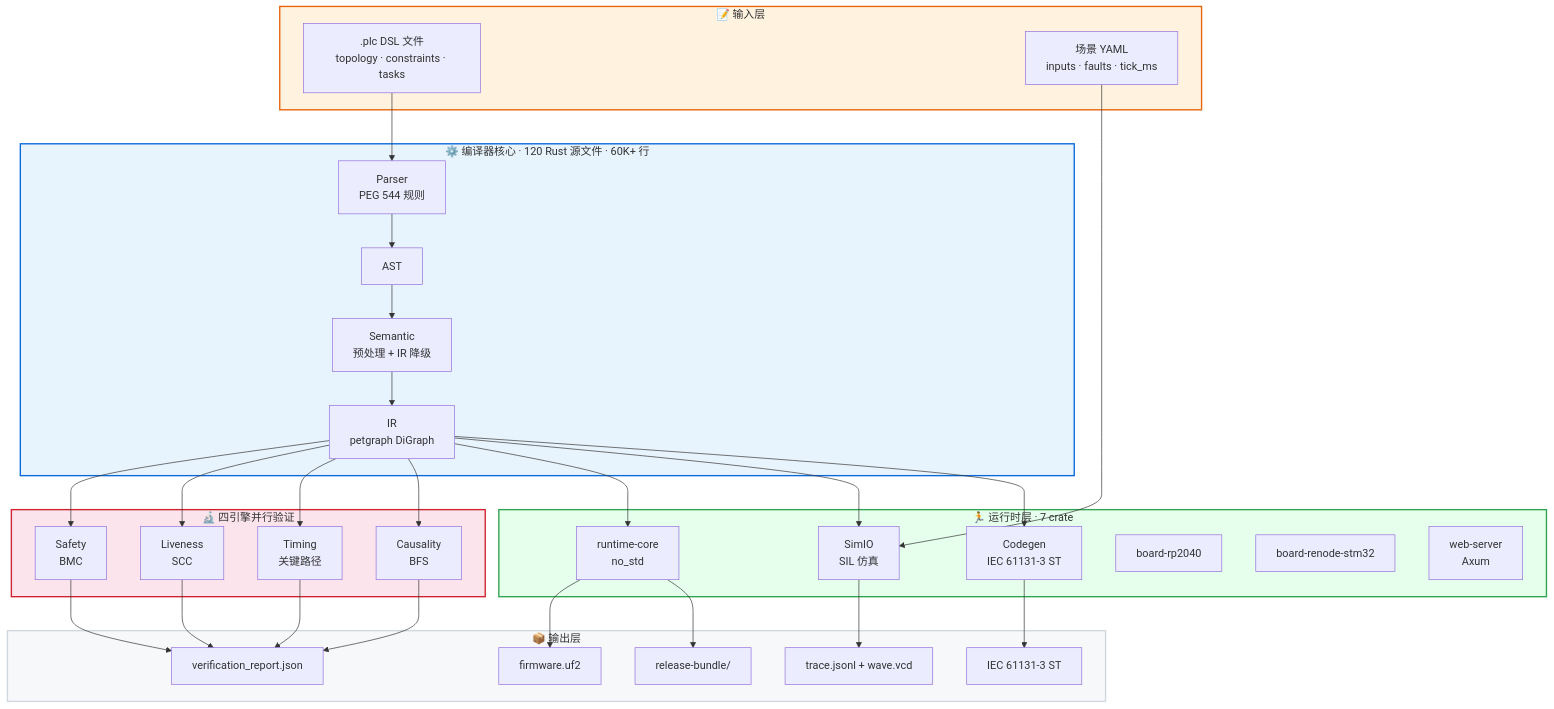
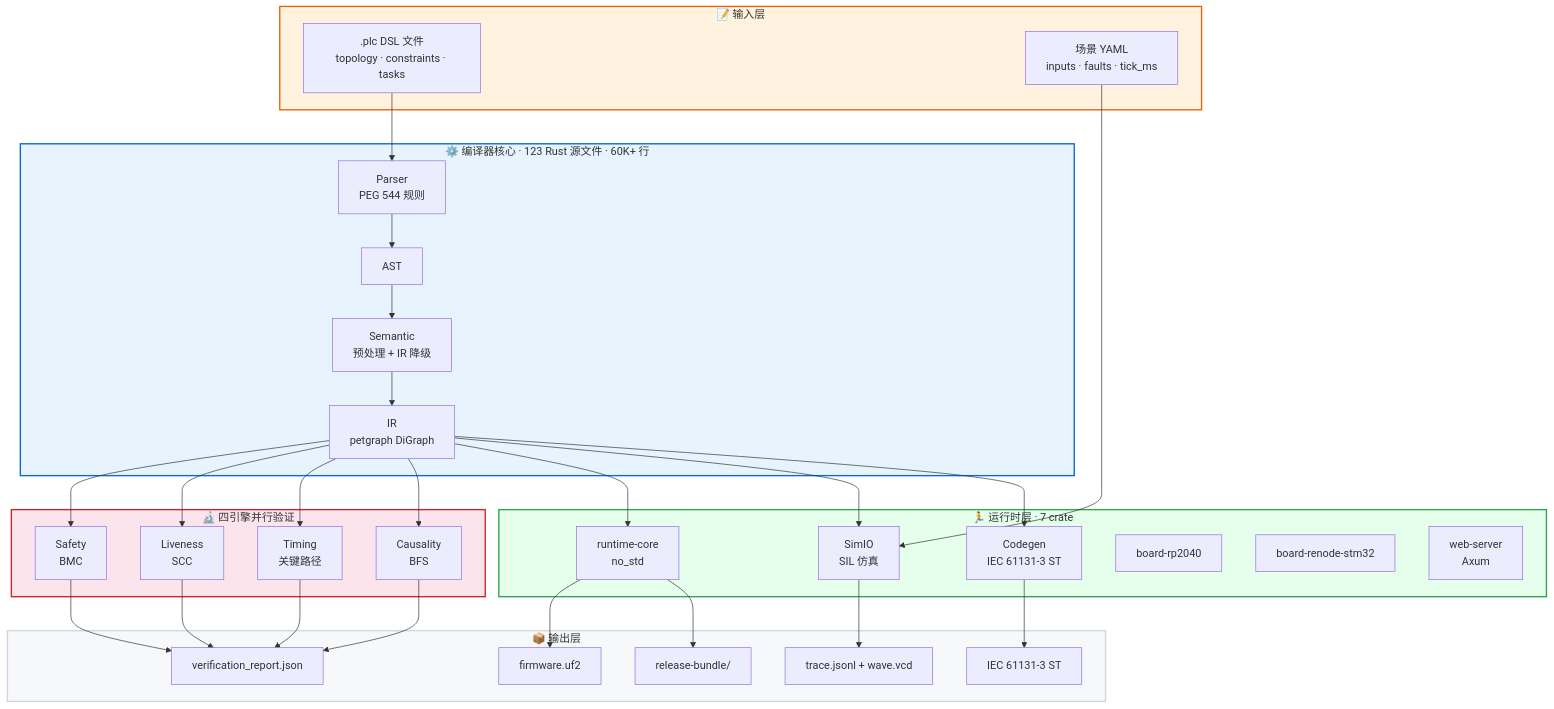
The second of 2 diagrams in README.md (xxrust/RustPLC), drawn with Mermaid before and after one commit. The commit also changed other lines of this file and 12 other files, not shown here.

````diff
--- a/README.md
+++ b/README.md
@@ -313,53 +324,53 @@
 ```mermaid
 graph TB
     subgraph Input["📝 输入层"]
         PLC[".plc DSL 文件<br/>topology · constraints · tasks"]
         YAML["场景 YAML<br/>inputs · faults · tick_ms"]
     end
 
-    subgraph Compiler["⚙️ 编译器核心 · 120 Rust 源文件 · 60K+ 行"]
+    subgraph Compiler["⚙️ 编译器核心 · 123 Rust 源文件 · 60K+ 行"]
         PARSE["Parser<br/>PEG 544 规则"] --> AST["AST"]
         AST --> SEM["Semantic<br/>预处理 + IR 降级"]
         SEM --> IR["IR<br/>petgraph DiGraph"]
     end
 
     subgraph Verify["🔬 四引擎并行验证"]
         S["Safety<br/>BMC"]
         L["Liveness<br/>SCC"]
         T["Timing<br/>关键路径"]
         C["Causality<br/>BFS"]
     end
 
     subgraph Runtime["🏃 运行时层 · 7 crate"]
         RT["runtime-core<br/>no_std"]
         SIM["SimIO<br/>SIL 仿真"]
         CG["Codegen<br/>IEC 61131-3 ST"]
         RP["board-rp2040"]
         RE["board-renode-stm32"]
         WEB["web-server<br/>Axum"]
     end
 
     subgraph Output["📦 输出层"]
         VR["verification_report.json"]
         ST["IEC 61131-3 ST"]
         FW["firmware.uf2"]
         TR["trace.jsonl + wave.vcd"]
         RB["release-bundle/"]
     end
 
     PLC --> PARSE
     YAML --> SIM
     IR --> S & L & T & C
     S & L & T & C --> VR
     IR --> RT & SIM & CG
     RT --> FW
     CG --> ST
     SIM --> TR
     RT --> RB
 
     style Input fill:#fff3e0,stroke:#e8630a,stroke-width:2px
     style Compiler fill:#e8f4fd,stroke:#0969da,stroke-width:2px
     style Verify fill:#fce4ec,stroke:#cf222e,stroke-width:2px
     style Runtime fill:#e6ffed,stroke:#2ea44f,stroke-width:2px
     style Output fill:#f6f8fa,stroke:#d0d7de,stroke-width:2px
 ```
````
